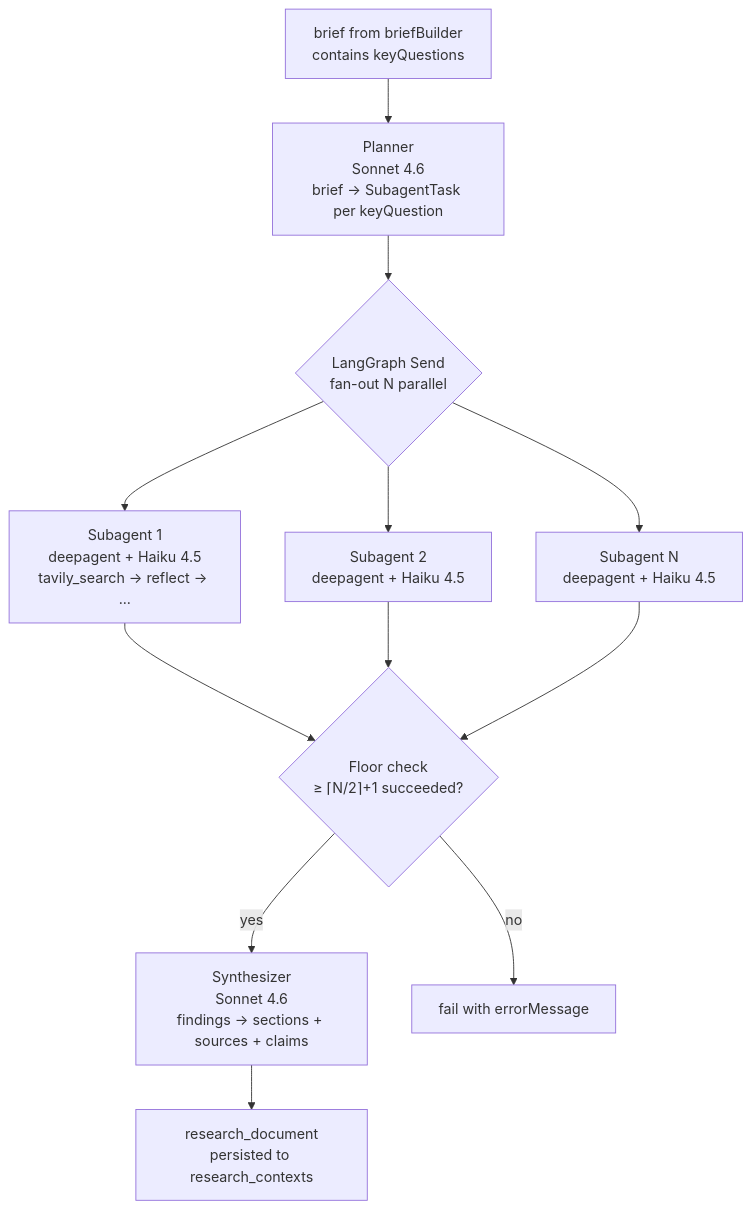
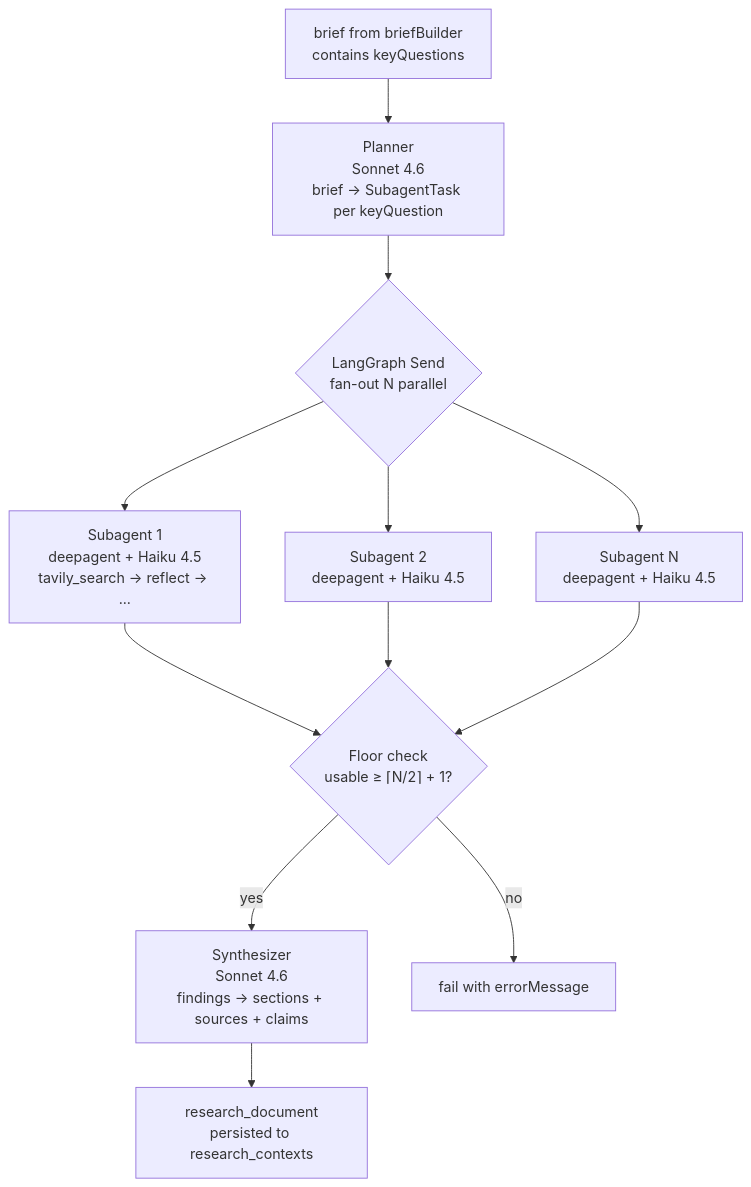
Before and after one commit to IsuruDR/katavo: the first of 2 diagrams in docs/superpowers/specs/2026-05-06-deep-research-agent-design.md, drawn with Mermaid. The commit also changed other lines of this file, not shown here.

````diff
--- a/docs/superpowers/specs/2026-05-06-deep-research-agent-design.md
+++ b/docs/superpowers/specs/2026-05-06-deep-research-agent-design.md
@@ -33,25 +33,25 @@
 ```mermaid
 flowchart TD
     Brief[brief from briefBuilder<br/>contains keyQuestions]
     Planner[Planner<br/>Sonnet 4.6<br/>brief → SubagentTask per keyQuestion]
     Send{LangGraph Send<br/>fan-out N parallel}
 
     Sub1[Subagent 1<br/>deepagent + Haiku 4.5<br/>tavily_search → reflect → ...]
     Sub2[Subagent 2<br/>deepagent + Haiku 4.5]
     SubN[Subagent N<br/>deepagent + Haiku 4.5]
 
-    Floor{Floor check<br/>≥ ⌈N/2⌉+1 succeeded?}
+    Floor{Floor check<br/>usable ≥ ⌈N/2⌉ + 1?}
     Synth[Synthesizer<br/>Sonnet 4.6<br/>findings → sections + sources + claims]
 
     Brief --> Planner
     Planner --> Send
     Send --> Sub1
     Send --> Sub2
     Send --> SubN
     Sub1 --> Floor
     Sub2 --> Floor
     SubN --> Floor
     Floor -->|yes| Synth
     Floor -->|no| Fail[fail with errorMessage]
     Synth --> Out[research_document<br/>persisted to research_contexts]
 ```
````
